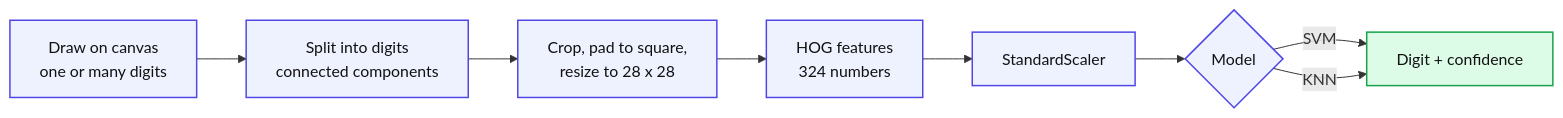
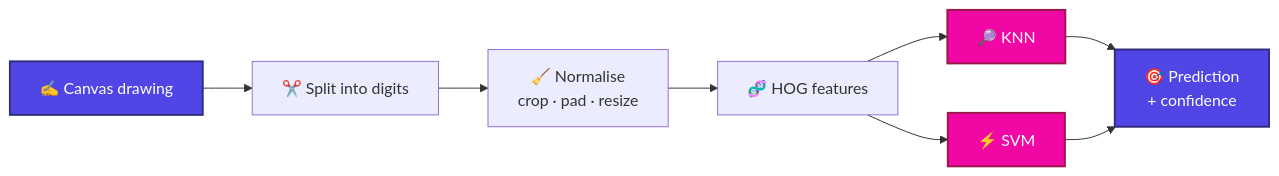
One commit to harshmogha/Digit-Recognition-HOG-KNN-SVM changed the diagram in README.md. Above: the diagram before and after it, drawn with Mermaid. The commit also changed other lines of this file, not shown here.

````diff
--- a/README.md
+++ b/README.md
@@ -111,14 +110,15 @@
 ```mermaid
 flowchart LR
-    A["Draw on canvas<br/>one or many digits"] --> B["Split into digits<br/>connected components"]
-    B --> C["Crop, pad to square,<br/>resize to 28 x 28"]
-    C --> D["HOG features<br/>324 numbers"]
-    D --> E["StandardScaler"]
-    E --> F{"Model"}
-    F -->|SVM| G["Digit + confidence"]
-    F -->|KNN| G
-    classDef step fill:#eef2ff,stroke:#4f46e5,color:#111,stroke-width:1.5px;
-    classDef out fill:#dcfce7,stroke:#16a34a,color:#111,stroke-width:1.5px;
-    class A,B,C,D,E,F step;
-    class G out;
+    A["✍️ Canvas drawing"] --> B["✂️ Split into digits"]
+    B --> C["🧹 Normalise<br/>crop · pad · resize"]
+    C --> D["🧬 HOG features"]
+    D --> E["🔎 KNN"]
+    D --> F["⚡ SVM"]
+    E --> G["🎯 Prediction<br/>+ confidence"]
+    F --> G
+
+    classDef io fill:#4F46E5,stroke:#312E81,color:#fff,stroke-width:2px;
+    classDef model fill:#F107A3,stroke:#9D174D,color:#fff,stroke-width:2px;
+    class A,G io;
+    class E,F model;
 ```
````
